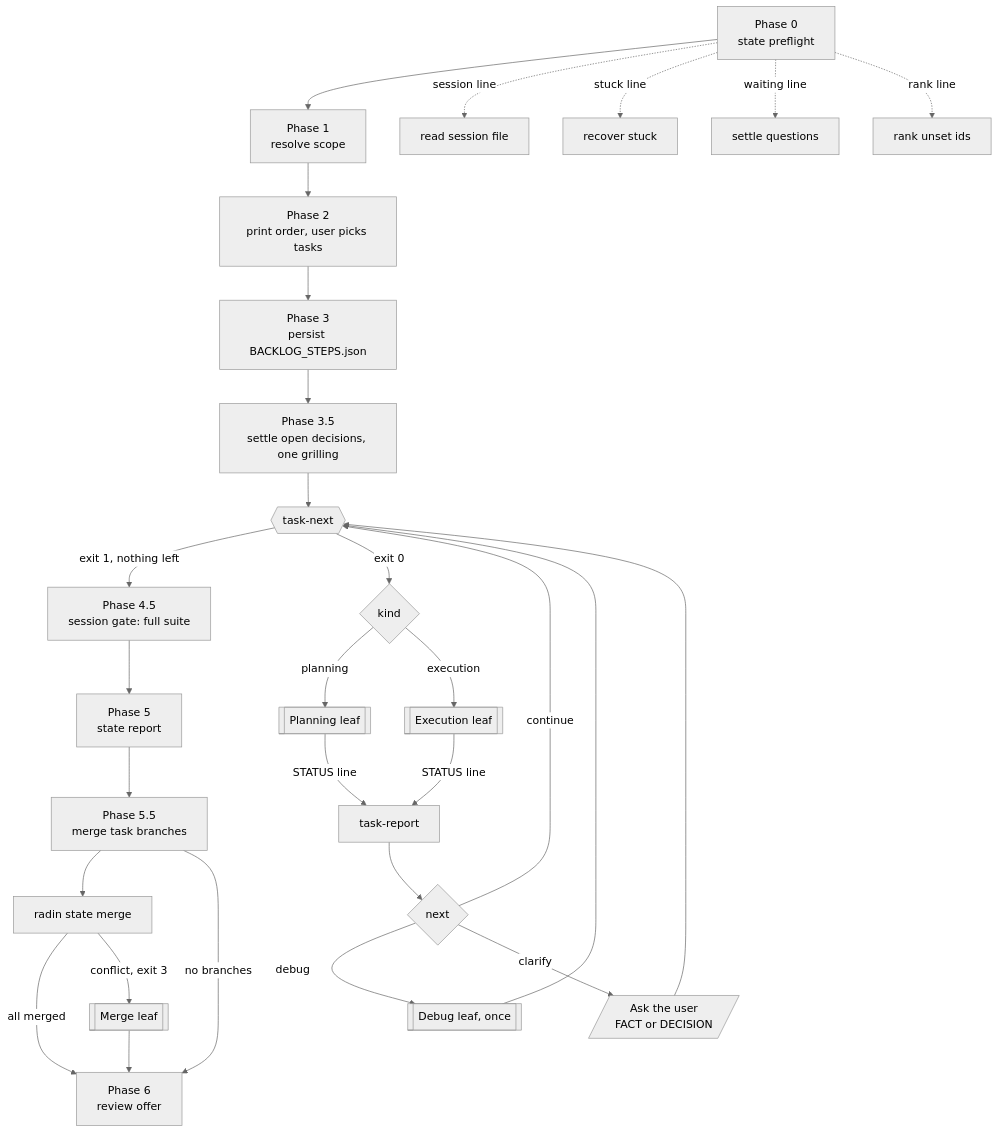
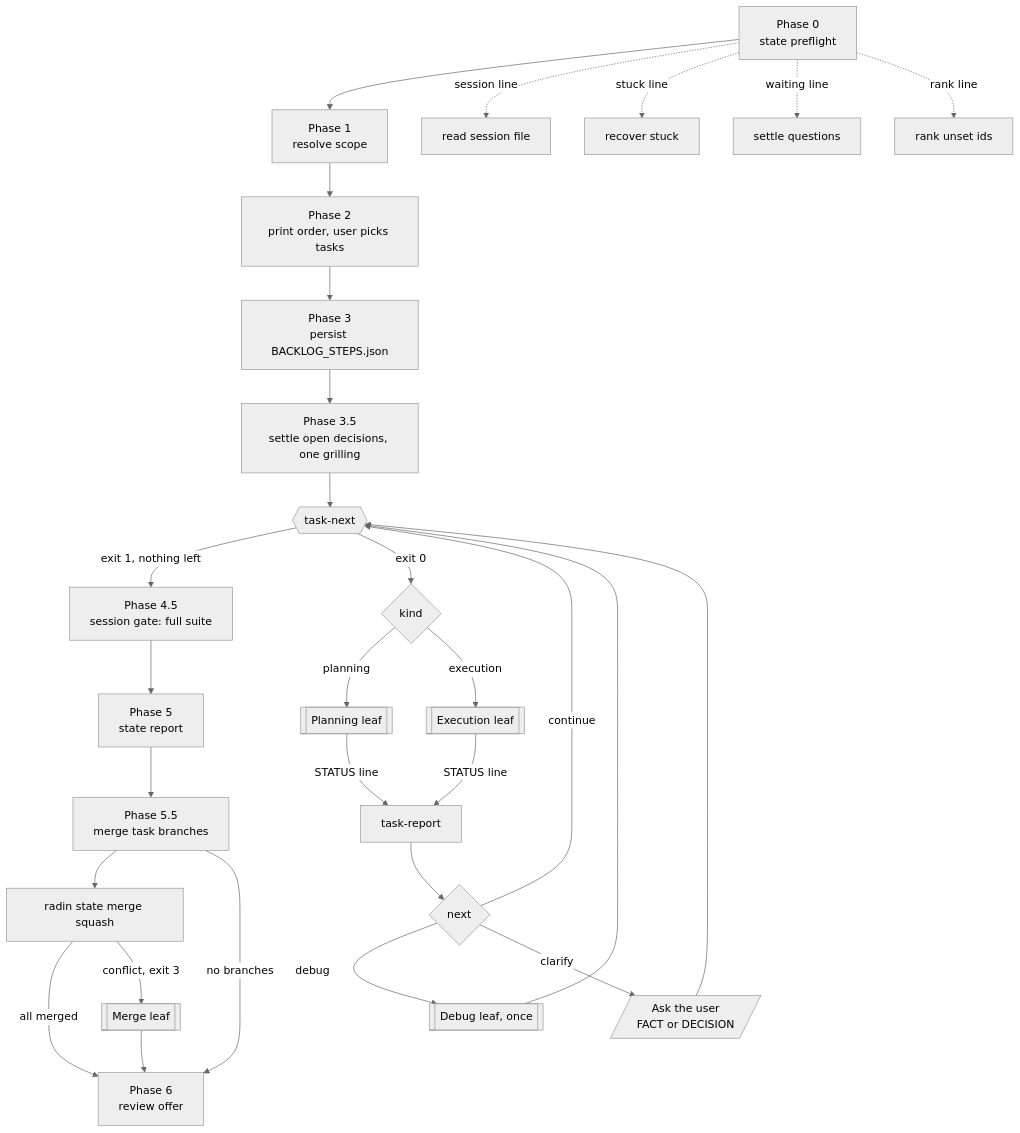
Before and after one commit to shortcuts/radin: the diagram in docs/lifecycle/router-loop.mmd, drawn with Mermaid (neutral theme). The commit also changed 4 other files, not shown here.

First line of the commit message:
feat(merge): squash task branches at merge so no wip commit reaches base

```diff
--- a/docs/lifecycle/router-loop.mmd
+++ b/docs/lifecycle/router-loop.mmd
@@ -1,29 +1,29 @@
 flowchart TD
   p0[Phase 0<br/>state preflight] --> p1[Phase 1<br/>resolve scope]
   p0 -. session line .-> note1[read session file]
   p0 -. stuck line .-> note2[recover stuck]
   p0 -. waiting line .-> note3[settle questions]
   p0 -. rank line .-> note4[rank unset ids]
   p1 --> p2[Phase 2<br/>print order, user picks tasks]
   p2 --> p3[Phase 3<br/>persist BACKLOG_STEPS.json]
   p3 --> p35[Phase 3.5<br/>settle open decisions, one grilling]
   p35 --> next{{task-next}}
   next -- exit 1, nothing left --> p45[Phase 4.5<br/>session gate: full suite]
   next -- exit 0 --> kind{kind}
   kind -- planning --> leafP[[Planning leaf]]
   kind -- execution --> leafE[[Execution leaf]]
   leafE -- STATUS line --> report[task-report]
   leafP -- STATUS line --> report
   report --> route{next}
   route -- continue --> next
   route -- debug --> debug[[Debug leaf, once]]
   debug --> next
   route -- clarify --> user[/Ask the user<br/>FACT or DECISION/]
   user --> next
   p45 --> p5[Phase 5<br/>state report]
   p5 --> p55[Phase 5.5<br/>merge task branches]
-  p55 --> mergeCli[radin state merge]
+  p55 --> mergeCli[radin state merge squash]
   mergeCli -- all merged --> p6
   mergeCli -- conflict, exit 3 --> leafM[[Merge leaf]]
   p55 -- no branches --> p6
   leafM --> p6[Phase 6<br/>review offer]
```
